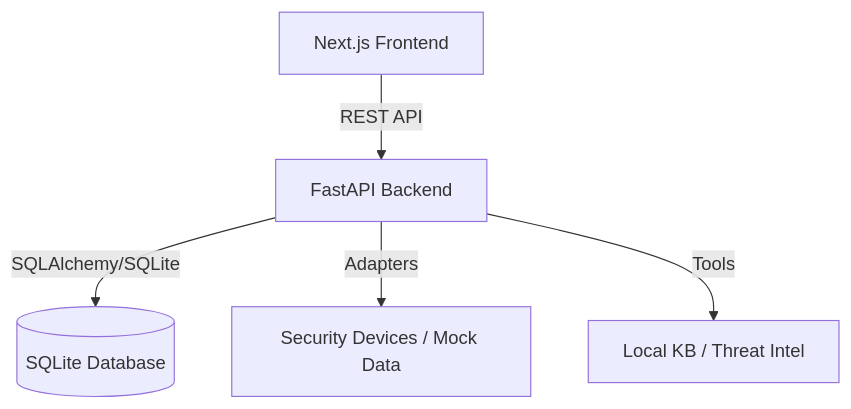
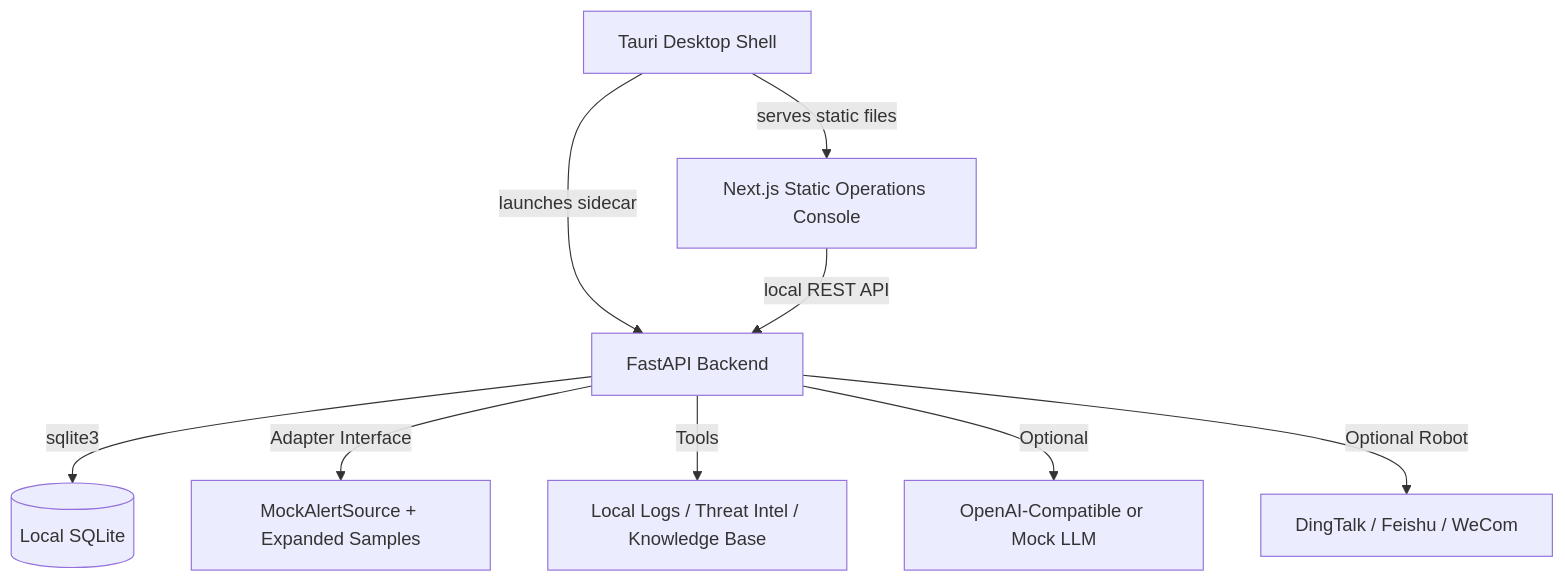
Before and after one commit to jianga0801-ui/SentinelPilot: the diagram in docs/architecture.md, drawn with Mermaid. The commit also changed other lines of this file and 111 other files, not shown here.

Commit message:
feat: complete operations console and prepare desktop release

````diff
--- a/docs/architecture.md
+++ b/docs/architecture.md
@@ -7,7 +7,11 @@
 ```mermaid
 graph TD;
-    Frontend[Next.js Frontend] --> |REST API| Backend[FastAPI Backend];
-    Backend --> |SQLAlchemy/SQLite| Database[(SQLite Database)];
-    Backend --> |Adapters| SecurityDevices[Security Devices / Mock Data];
-    Backend --> |Tools| KnowledgeBase[Local KB / Threat Intel];
+    Desktop[Tauri Desktop Shell] --> |launches sidecar| Backend[FastAPI Backend];
+    Desktop --> |serves static files| Frontend[Next.js Static Operations Console];
+    Frontend --> |local REST API| Backend;
+    Backend --> |sqlite3| Database[(Local SQLite)];
+    Backend --> |Adapter Interface| AlertSource[MockAlertSource + Expanded Samples];
+    Backend --> |Tools| Evidence[Local Logs / Threat Intel / Knowledge Base];
+    Backend --> |Optional| LLM[OpenAI-Compatible or Mock LLM];
+    Backend --> |Optional Robot| IM[DingTalk / Feishu / WeCom];
 ```
````
